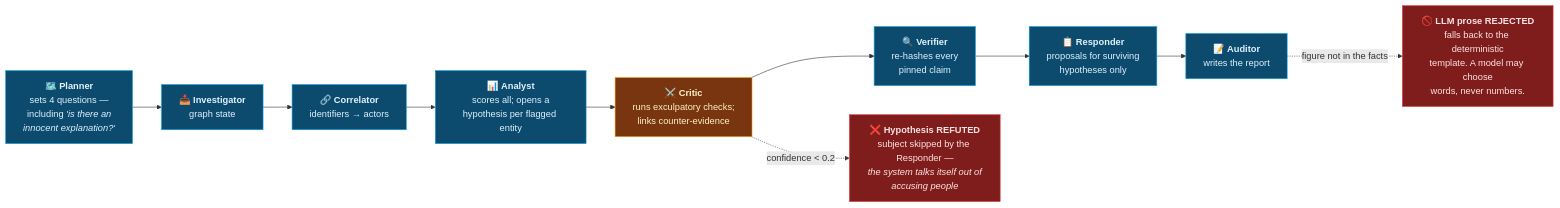
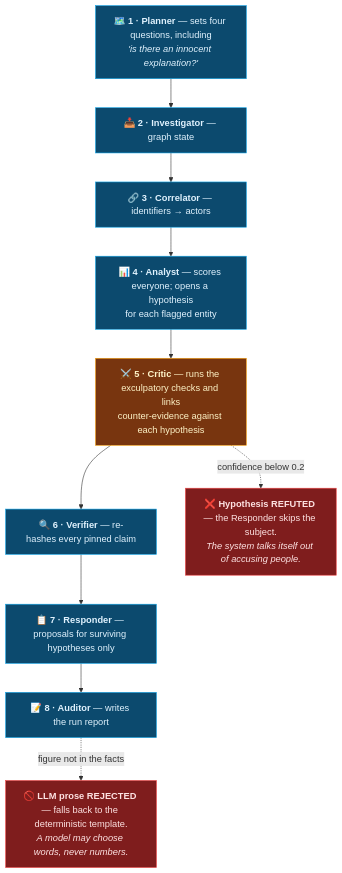
Before and after one commit to rakeshselvaraj0108/TLN: diagram 11 of 15 in README.md, drawn with Mermaid. The commit also changed other lines of this file, not shown here.

First line of the commit message:
Rebuild the README diagrams to be readable at GitHub's column width

````diff
--- a/README.md
+++ b/README.md
@@ -604,23 +528,25 @@
 ```mermaid
-flowchart LR
-    P["🗺️ <b>Planner</b><br/>sets 4 questions —<br/>including <i>'is there an<br/>innocent explanation?'</i>"]
-    I["📥 <b>Investigator</b><br/>graph state"]
-    C["🔗 <b>Correlator</b><br/>identifiers → actors"]
-    AN["📊 <b>Analyst</b><br/>scores all; opens a<br/>hypothesis per flagged entity"]
-    CR["⚔️ <b>Critic</b><br/>runs exculpatory checks;<br/>links counter-evidence"]
-    V["🔍 <b>Verifier</b><br/>re-hashes every<br/>pinned claim"]
-    R["📋 <b>Responder</b><br/>proposals for surviving<br/>hypotheses only"]
-    AU["📝 <b>Auditor</b><br/>writes the report"]
+flowchart TB
+    P["🗺️ <b>1 · Planner</b> — sets four questions, including<br/><i>'is there an innocent explanation?'</i>"]
+    I["📥 <b>2 · Investigator</b> — graph state"]
+    C["🔗 <b>3 · Correlator</b> — identifiers → actors"]
+    AN["📊 <b>4 · Analyst</b> — scores everyone; opens a hypothesis<br/>for each flagged entity"]
+    CR["⚔️ <b>5 · Critic</b> — runs the exculpatory checks and links<br/>counter-evidence against each hypothesis"]
+    V["🔍 <b>6 · Verifier</b> — re-hashes every pinned claim"]
+    R["📋 <b>7 · Responder</b> — proposals for surviving hypotheses only"]
+    AU["📝 <b>8 · Auditor</b> — writes the run report"]
+
+    REF["❌ <b>Hypothesis REFUTED</b> — the Responder skips the subject.<br/><i>The system talks itself out of accusing people.</i>"]
+    REJ["🚫 <b>LLM prose REJECTED</b> — falls back to the deterministic template.<br/><i>A model may choose words, never numbers.</i>"]
 
     P --> I --> C --> AN --> CR --> V --> R --> AU
-
-    CR -.->|"confidence < 0.2"| REF["❌ <b>Hypothesis REFUTED</b><br/>subject skipped by the Responder —<br/><i>the system talks itself out of<br/>accusing people</i>"]
-    AU -.->|"figure not in the facts"| REJ["🚫 <b>LLM prose REJECTED</b><br/>falls back to the deterministic<br/>template. A model may choose<br/>words, never numbers."]
+    CR -.->|"confidence below 0.2"| REF
+    AU -.->|"figure not in the facts"| REJ
 
     classDef stage fill:#0c4a6e,stroke:#0ea5e9,color:#e0f2fe
     classDef adv fill:#78350f,stroke:#f59e0b,color:#fef3c7
     classDef stop fill:#7f1d1d,stroke:#ef4444,color:#fee2e2
     class P,I,C,AN,V,R,AU stage
     class CR adv
     class REF,REJ stop
 ```
````
